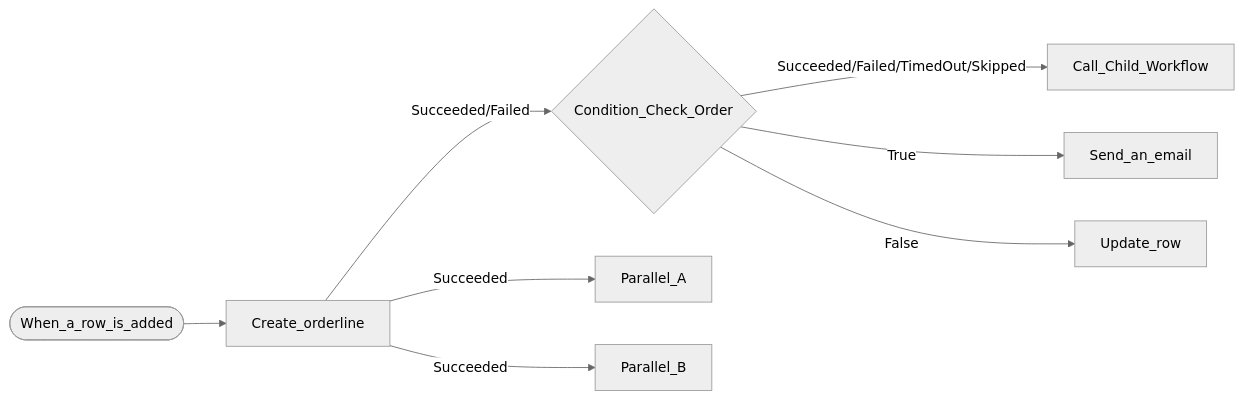
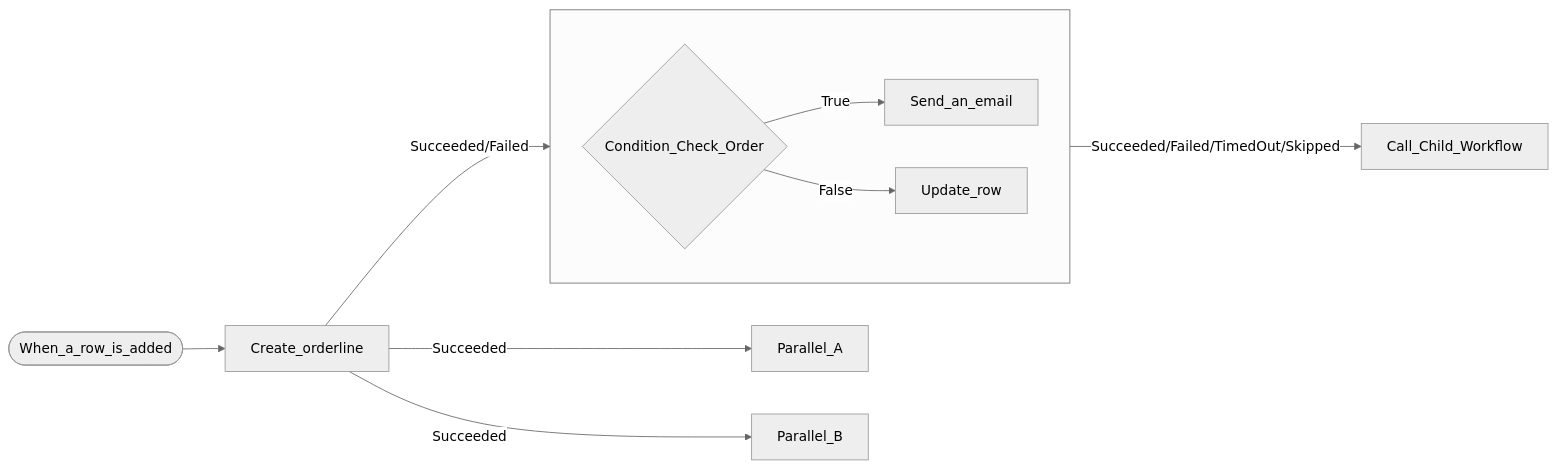
The diagram in tests/fixtures/expected/FlowChart.SampleFlow.LR.expected.md (autosysops/PowerShell_PowerPlatformChecker), drawn with Mermaid (neutral theme) before and after one commit. The commit also changed 92 other files, not shown here.

Commit message:
fixed flowchart generation and cleaned up code, also made exported graph for architecture diagrams better and made setting styles easiers

```diff
--- a/tests/fixtures/expected/FlowChart.SampleFlow.LR.expected.md
+++ b/tests/fixtures/expected/FlowChart.SampleFlow.LR.expected.md
@@ -1,18 +1,21 @@
 :::mermaid
 flowchart LR
 action0(["When_a_row_is_added"])
 action1["Call_Child_Workflow"]
+action5["Create_orderline"]
+action6["Parallel_A"]
+action7["Parallel_B"]
+subgraph action4_group[" "]
+direction LR
 action2["Send_an_email"]
 action3["Update_row"]
 action4{"Condition_Check_Order"}
-action5["Create_orderline"]
-action6["Parallel_A"]
-action7["Parallel_B"]
-action4 -- Succeeded/Failed/TimedOut/Skipped --> action1
+action4 -- False --> action3
 action4 -- True --> action2
-action4 -- False --> action3
-action5 -- Succeeded/Failed --> action4
+end
 action0 --> action5
+action4_group -- Succeeded/Failed/TimedOut/Skipped --> action1
 action5 -- Succeeded --> action6
 action5 -- Succeeded --> action7
+action5 -- Succeeded/Failed --> action4_group
 :::
```
